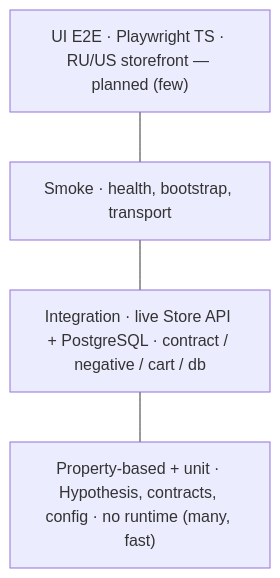
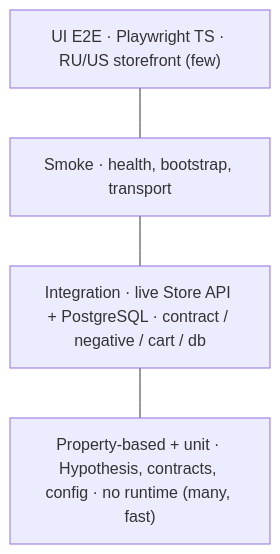
Before and after one commit to vtestah/medusa-api-quality-gate: the diagram in README.md, drawn with Mermaid. The commit also changed other lines of this file and 1 other file, not shown here.

````diff
--- a/README.md
+++ b/README.md
@@ -32,8 +36,8 @@
 ```mermaid
 flowchart TB
-    E["UI E2E · Playwright TS · RU/US storefront — planned (few)"]
+    E["UI E2E · Playwright TS · RU/US storefront (few)"]
     S["Smoke · health, bootstrap, transport"]
     I["Integration · live Store API + PostgreSQL · contract / negative / cart / db"]
     P["Property-based + unit · Hypothesis, contracts, config · no runtime (many, fast)"]
     E --- S --- I --- P
 ```
````
